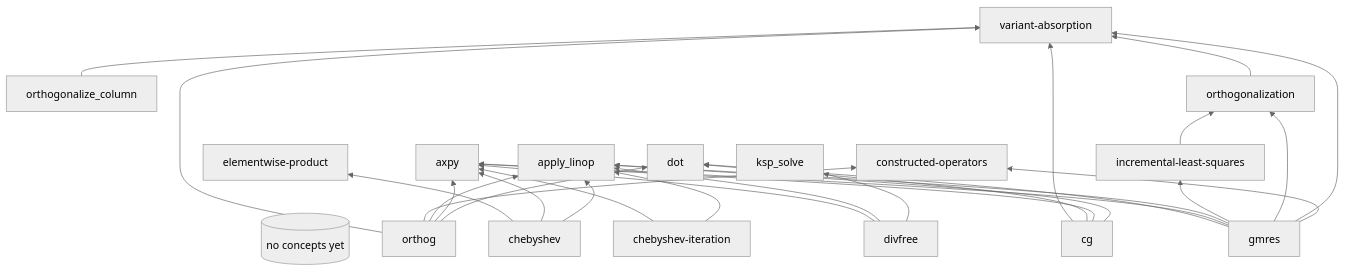
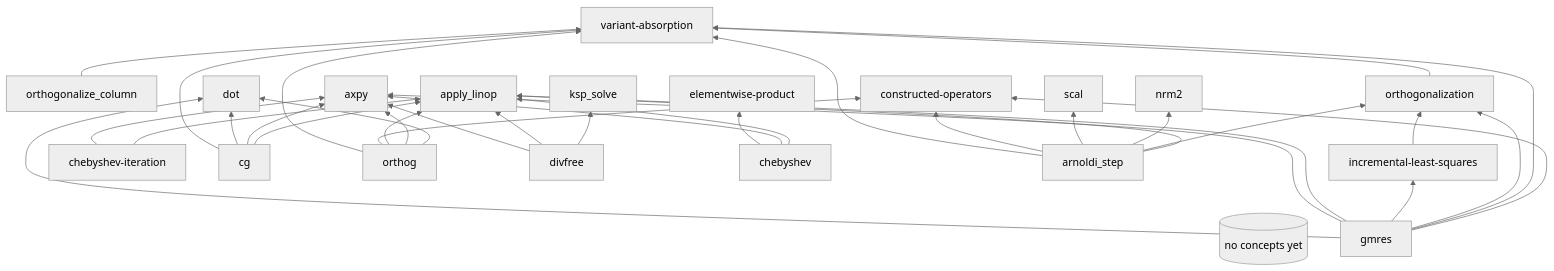
The third of 6 diagrams in book/src/concepts/dependency-map.md (crutcher/palace_whiteroom), drawn with Mermaid (neutral theme) before and after one commit. The commit also changed 6 other files, not shown here.

Commit message:
cycle: forward arnoldi_step [L0→L1] → pass

````diff
--- a/book/src/concepts/dependency-map.md
+++ b/book/src/concepts/dependency-map.md
@@ -112,32 +112,38 @@
 ```mermaid
 graph BT
   %% Empty — populate as concepts are extracted.
   placeholder[(no concepts yet)]
   orthogonalize_column --> variant-absorption
   gmres --> constructed-operators
   gmres --> variant-absorption
   gmres --> orthogonalization
   gmres --> incremental-least-squares
   incremental-least-squares --> orthogonalization
   gmres --> apply_linop
   orthogonalization --> variant-absorption
   chebyshev-iteration --> apply_linop
   chebyshev-iteration --> axpy
   cg --> apply_linop
   cg --> axpy
   cg --> dot
   cg --> variant-absorption
   gmres --> axpy
   gmres --> dot
   orthog --> dot
   orthog --> axpy
   orthog --> apply_linop
   orthog --> constructed-operators
   orthog --> variant-absorption
   divfree --> ksp_solve
   divfree --> apply_linop
   divfree --> axpy
   chebyshev --> apply_linop
   chebyshev --> axpy
   chebyshev --> elementwise-product
+  arnoldi_step --> apply_linop
+  arnoldi_step --> orthogonalization
+  arnoldi_step --> nrm2
+  arnoldi_step --> scal
+  arnoldi_step --> constructed-operators
+  arnoldi_step --> variant-absorption
 ```
````
